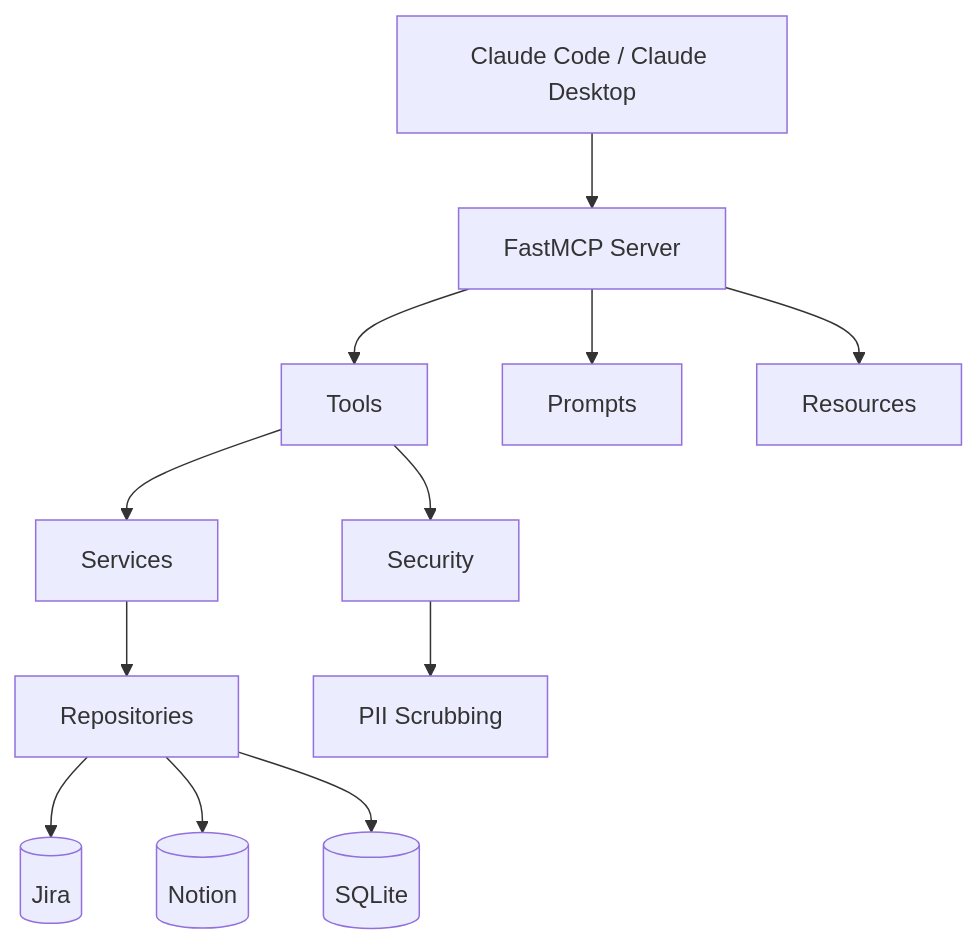
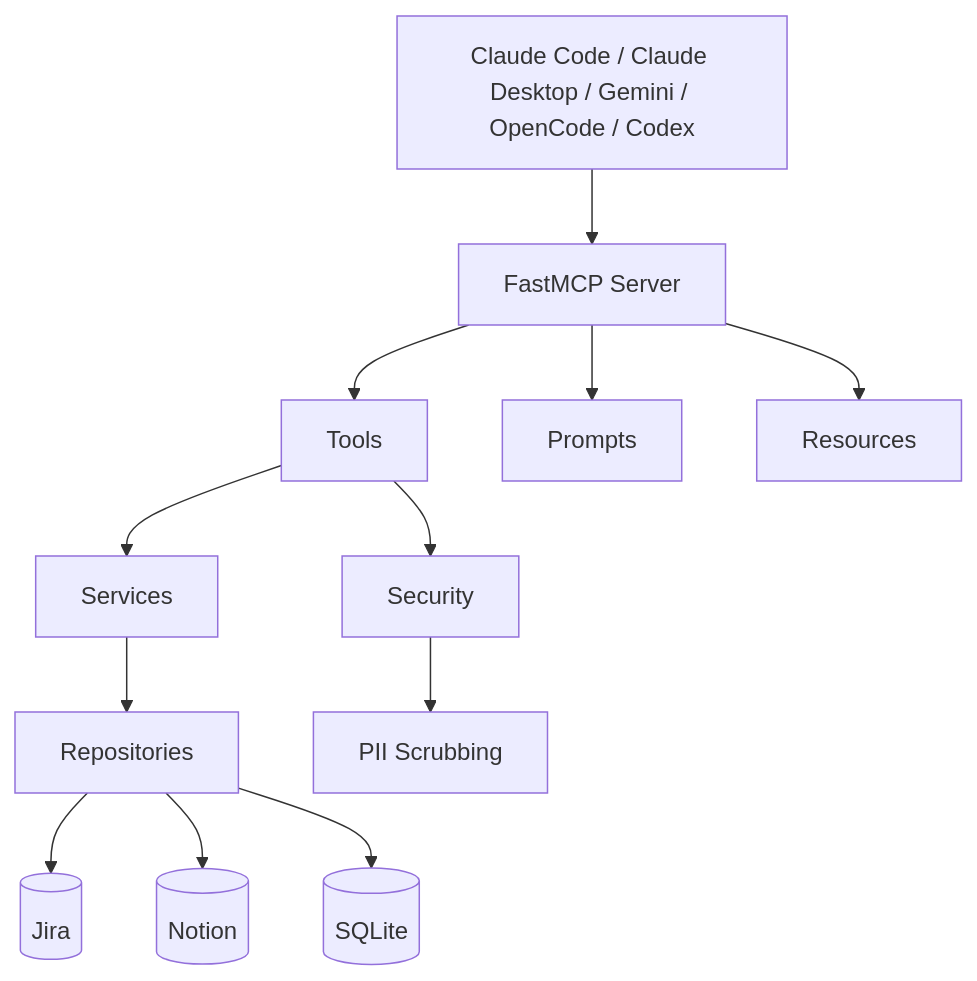
The diagram in README.md (kiran-capoor94/wizard), drawn with Mermaid before and after one commit. The commit also changed other lines of this file and 13 other files, not shown here.

````diff
--- a/README.md
+++ b/README.md
@@ -56,14 +85,14 @@
 ```mermaid
 graph TD
-    A[Claude Code / Claude Desktop] --> B[FastMCP Server]
+    A[Claude Code / Claude Desktop / Gemini / OpenCode / Codex] --> B[FastMCP Server]
     B --> C[Tools]
     B --> D[Prompts]
     B --> E[Resources]
     C --> F[Services]
     C --> G[Security]
     F --> H[Repositories]
     G --> I[PII Scrubbing]
     H --> J[(Jira)]
     H --> K[(Notion)]
     H --> L[(SQLite)]
 ```
````
